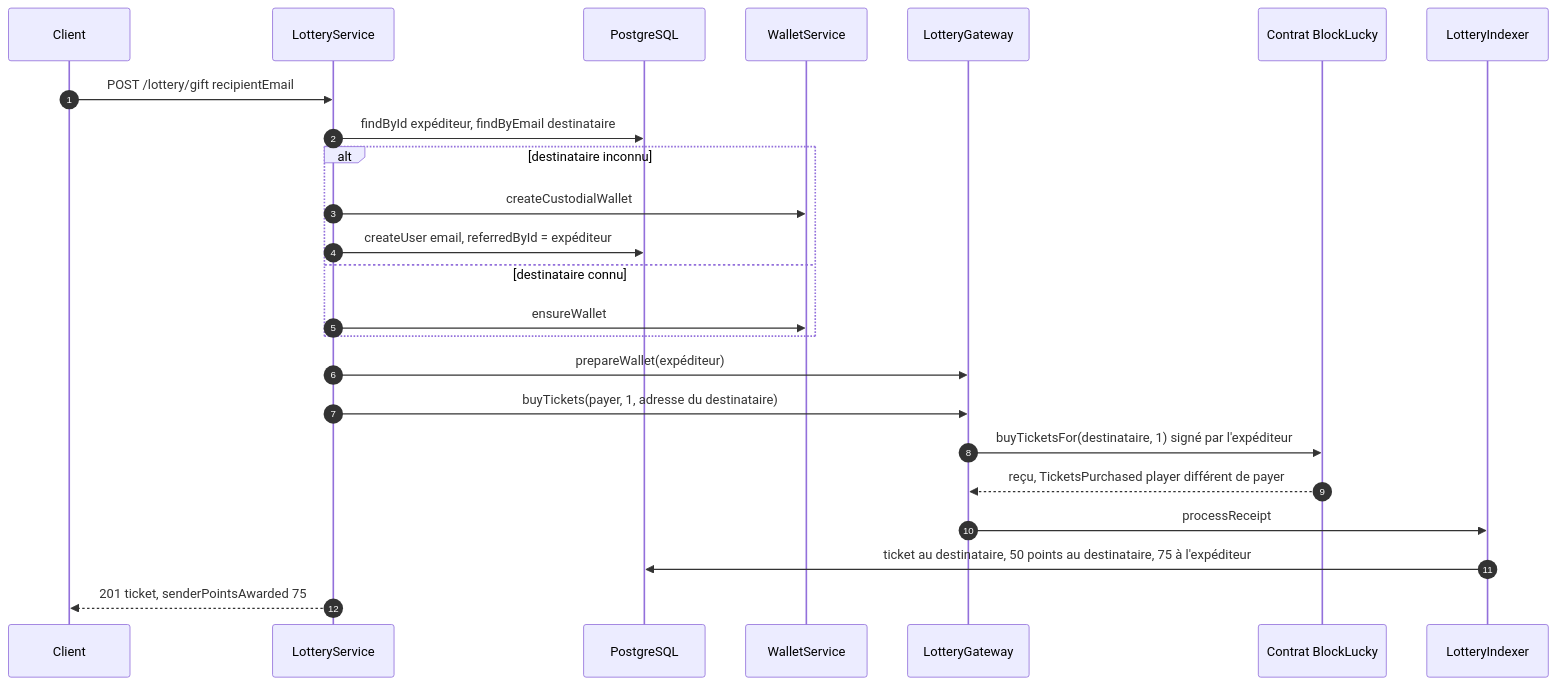
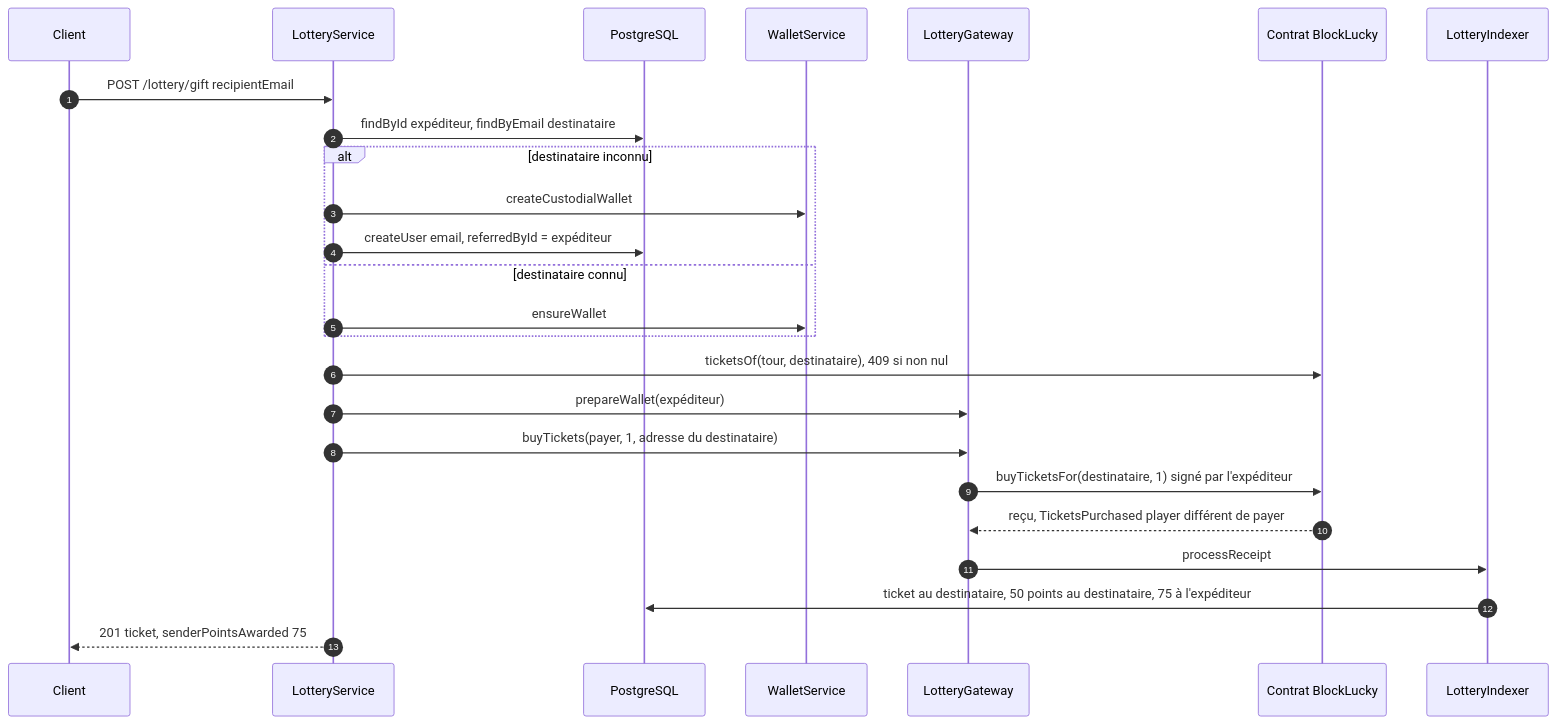
One commit to MarceauTDML/BlockLucky changed the second of 2 diagrams in documentation-officielle/content/architecture/flux/achat-cadeau.md. Above: the diagram before and after it, drawn with Mermaid. The commit also changed other lines of this file and 84 other files, not shown here.

````diff
--- a/documentation-officielle/content/architecture/flux/achat-cadeau.md
+++ b/documentation-officielle/content/architecture/flux/achat-cadeau.md
@@ -76,27 +82,28 @@
 ```mermaid
 sequenceDiagram
   autonumber
   participant C as Client
   participant S as LotteryService
   participant DB as PostgreSQL
   participant WS as WalletService
   participant G as LotteryGateway
   participant BL as Contrat BlockLucky
   participant I as LotteryIndexer
 
   C->>S: POST /lottery/gift recipientEmail
   S->>DB: findById expéditeur, findByEmail destinataire
   alt destinataire inconnu
     S->>WS: createCustodialWallet
     S->>DB: createUser email, referredById = expéditeur
   else destinataire connu
     S->>WS: ensureWallet
   end
+  S->>BL: ticketsOf(tour, destinataire), 409 si non nul
   S->>G: prepareWallet(expéditeur)
   S->>G: buyTickets(payer, 1, adresse du destinataire)
   G->>BL: buyTicketsFor(destinataire, 1) signé par l'expéditeur
   BL-->>G: reçu, TicketsPurchased player différent de payer
   G->>I: processReceipt
   I->>DB: ticket au destinataire, 50 points au destinataire, 75 à l'expéditeur
   S-->>C: 201 ticket, senderPointsAwarded 75
 ```
````
